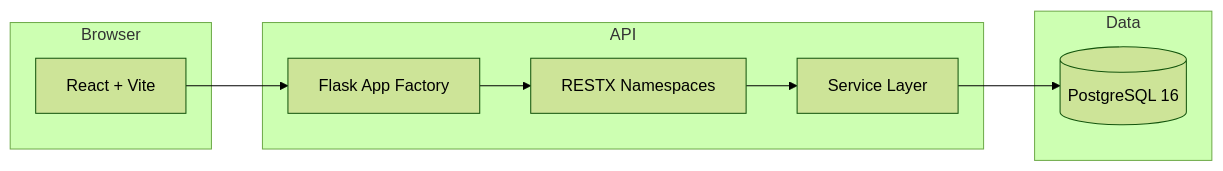
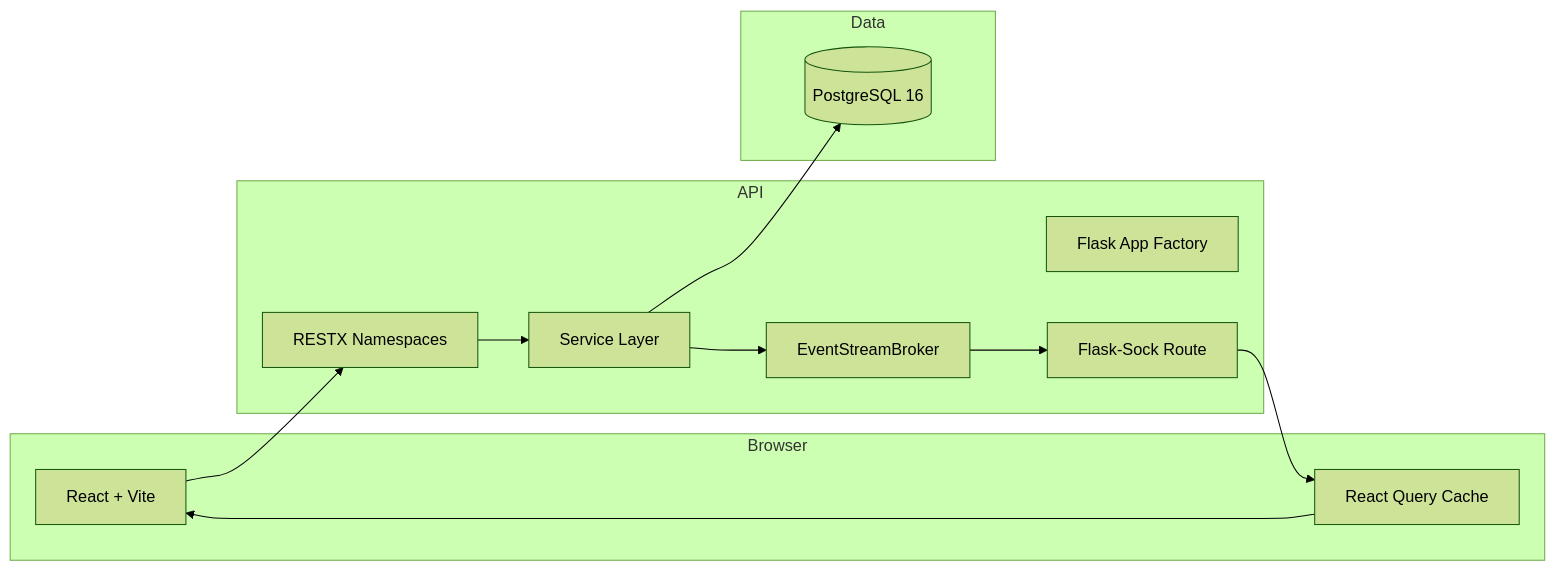
One commit to ai-cain/vision-data-dashboard changed the third of 3 diagrams in docs/architecture.md. Above: the diagram before and after it, drawn with Mermaid (forest theme). The commit also changed other lines of this file and 9 other files, not shown here.

````diff
--- a/docs/architecture.md
+++ b/docs/architecture.md
@@ -76,21 +98,27 @@
 ```mermaid
 flowchart LR
     subgraph Browser
         UI[React + Vite]
+        Cache[React Query Cache]
     end
 
     subgraph API
         Flask[Flask App Factory]
         REST[RESTX Namespaces]
+        WS[Flask-Sock Route]
         Services[Service Layer]
+        Broker[EventStreamBroker]
     end
 
     subgraph Data
         PG[(PostgreSQL 16)]
     end
 
-    UI --> Flask
-    Flask --> REST
+    UI --> REST
     REST --> Services
     Services --> PG
+    Services --> Broker
+    Broker --> WS
+    WS --> Cache
+    Cache --> UI
 ```
````
